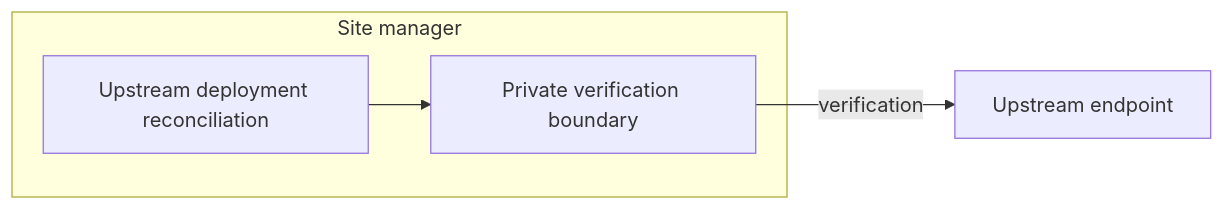
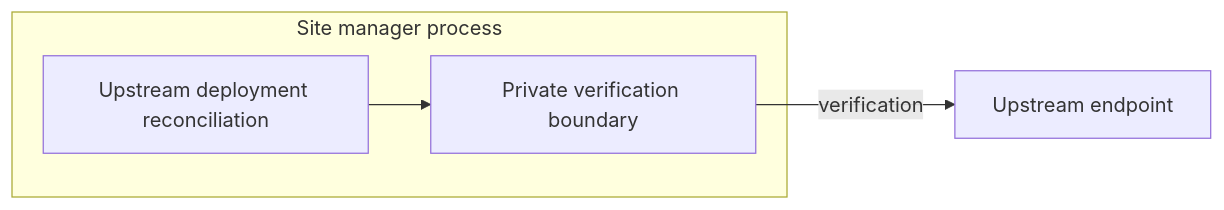
The fifth of 6 diagrams in docs/specs/models.md (dotcoreai/dotcore), drawn with Mermaid before and after one commit. The commit also changed other lines of this file and 2 other files, not shown here.

````diff
--- a/docs/specs/models.md
+++ b/docs/specs/models.md
@@ -133,7 +129,7 @@
 ```mermaid
 flowchart LR
-  subgraph SM["Site manager"]
+  subgraph SM["Site manager process"]
     UD["Upstream deployment reconciliation"] --> VB["Private verification boundary"]
   end
   VB -->|"verification"| UP["Upstream endpoint"]
 ```
````
